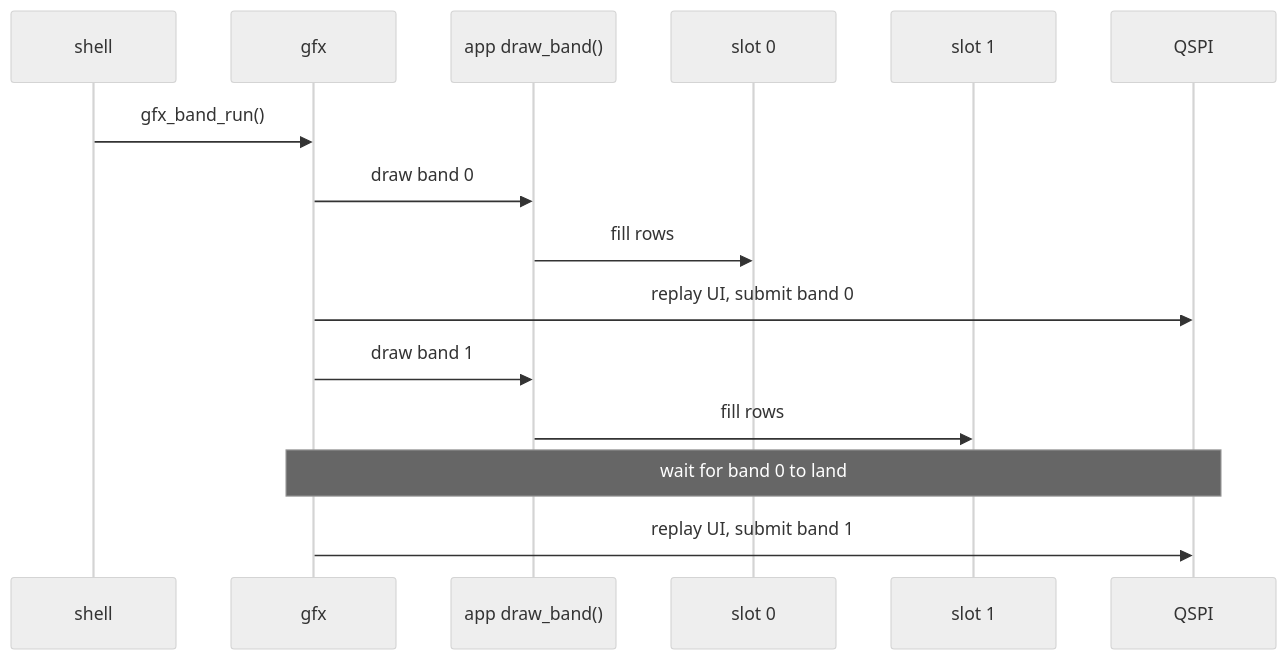
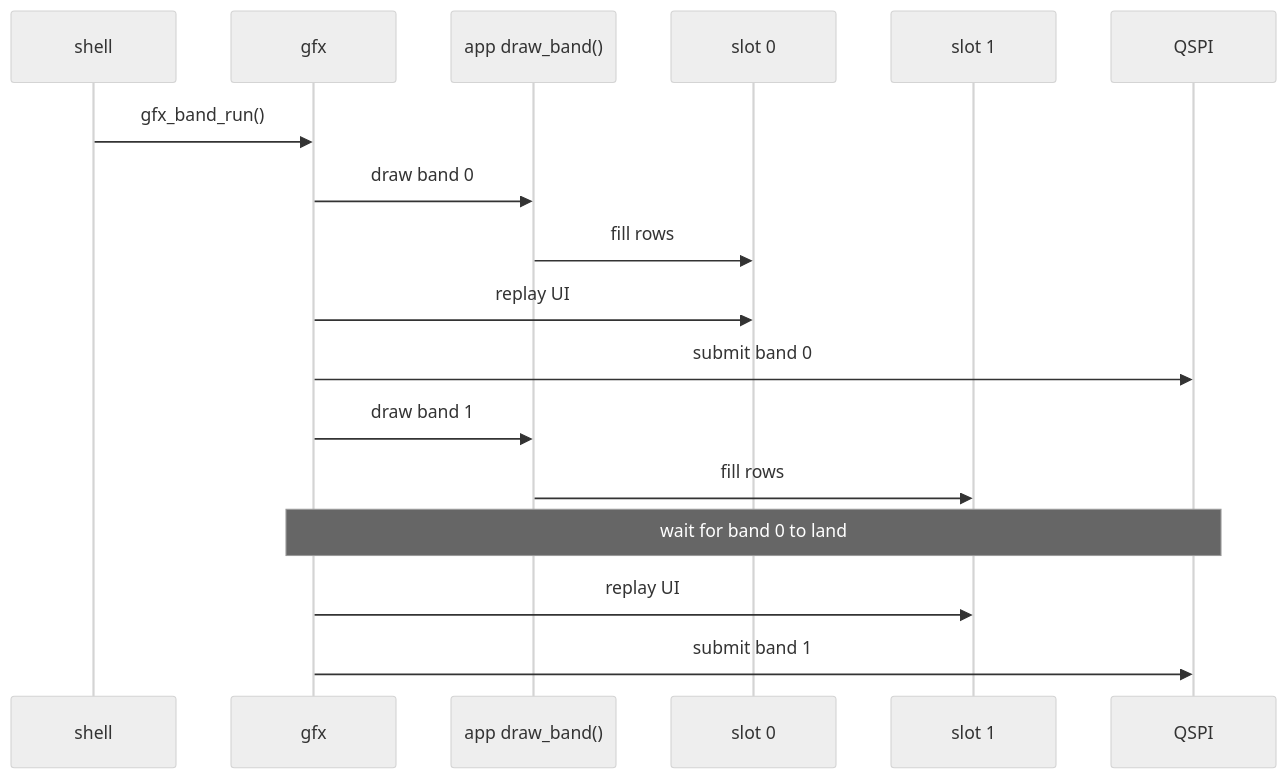
One commit to jose-villegas/autana changed the fourth of 4 diagrams in docs/Gfx-and-Presentation.md. Above: the diagram before and after it, drawn with Mermaid (neutral theme). The commit also changed other lines of this file and 12 other files, not shown here.

````diff
--- a/docs/Gfx-and-Presentation.md
+++ b/docs/Gfx-and-Presentation.md
@@ -177,17 +177,19 @@
 ```mermaid
 sequenceDiagram
     participant S as shell
     participant G as gfx
     participant A as app draw_band()
     participant S0 as slot 0
     participant S1 as slot 1
     participant Q as QSPI
     S->>G: gfx_band_run()
     G->>A: draw band 0
     A->>S0: fill rows
-    G->>Q: replay UI, submit band 0
+    G->>S0: replay UI
+    G->>Q: submit band 0
     G->>A: draw band 1
     A->>S1: fill rows
     Note over G,Q: wait for band 0 to land
-    G->>Q: replay UI, submit band 1
+    G->>S1: replay UI
+    G->>Q: submit band 1
 ```
````
